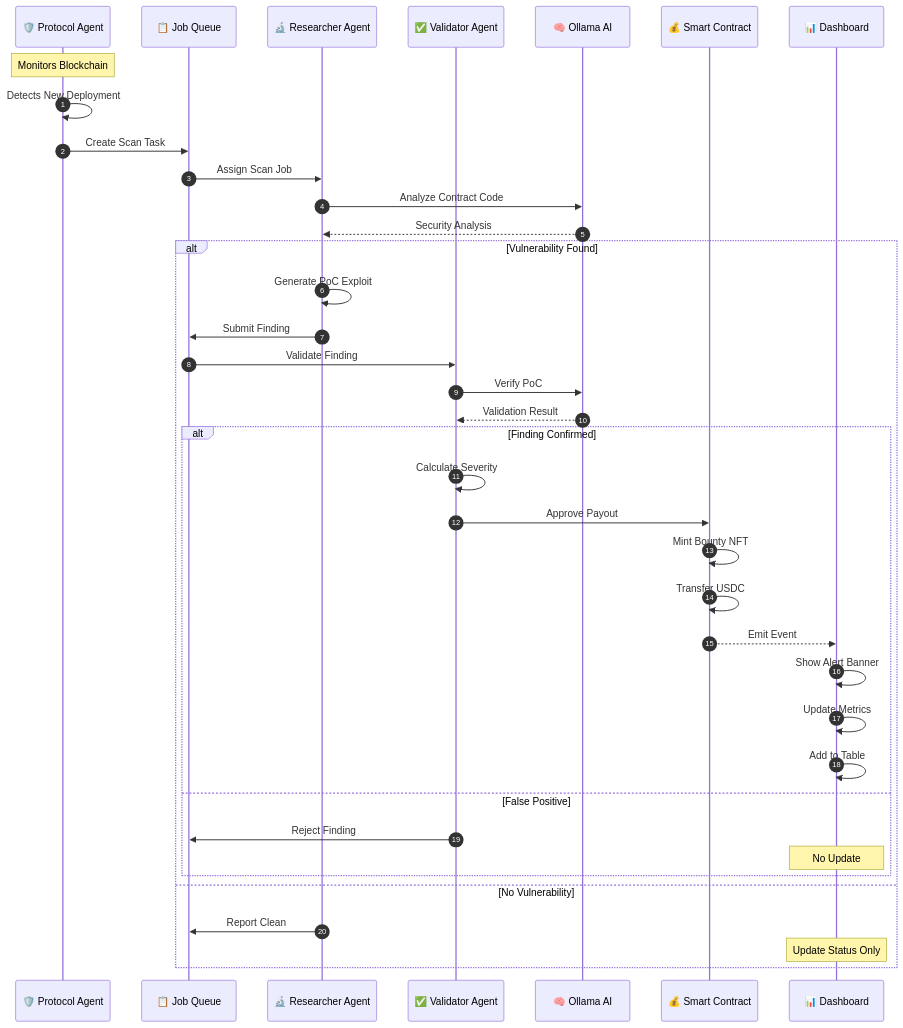
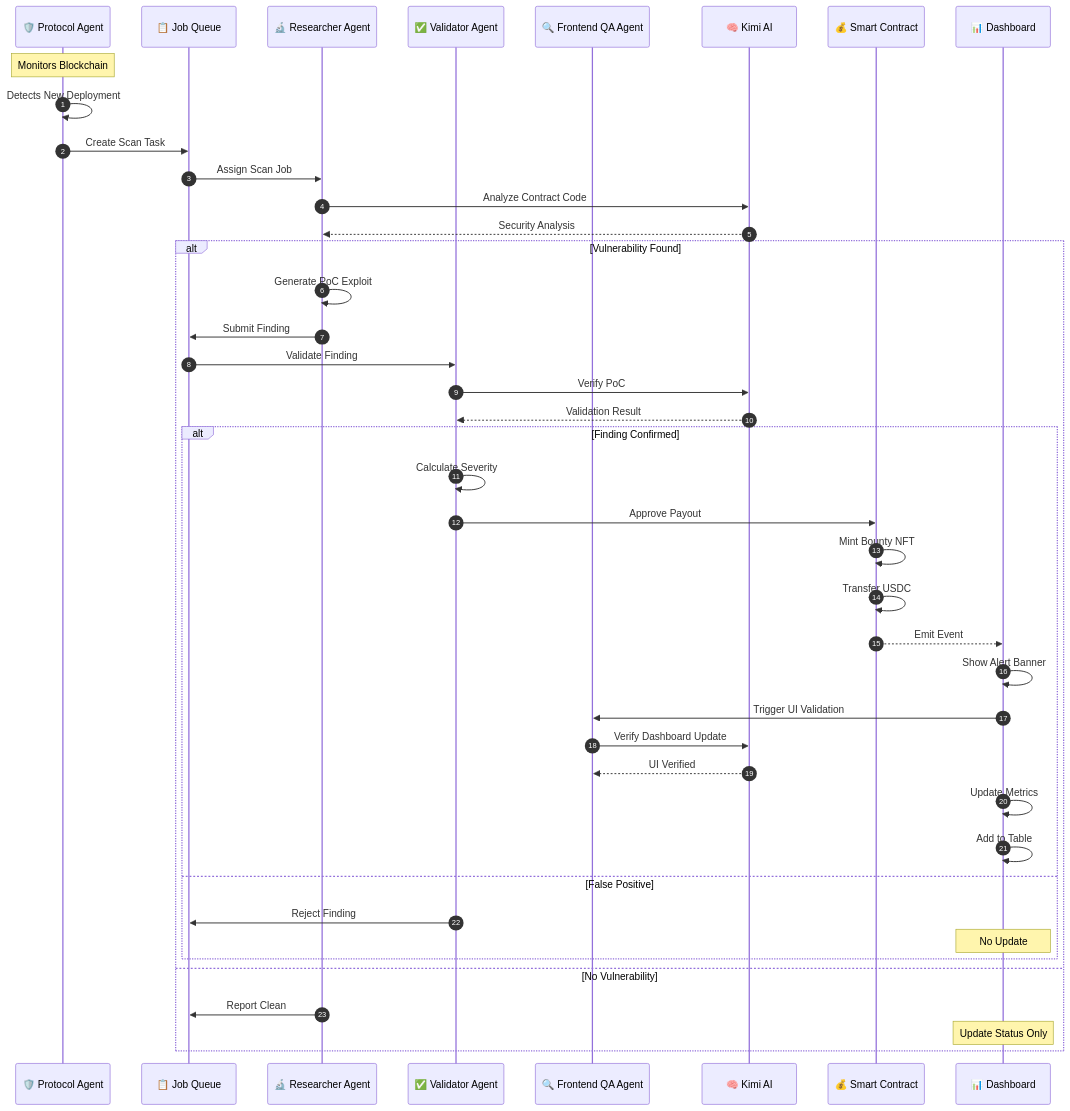
One commit to jul1angr1s/AI_Bug_Bountry_App changed the second of 4 diagrams in README.md. Above: the diagram before and after it, drawn with Mermaid. The commit also changed other lines of this file, not shown here.

Commit message:
docs: update README.md with Kimi AI integration, Frontend QA Agent, and Apache 2.0 license

````diff
--- a/README.md
+++ b/README.md
@@ -212,47 +223,51 @@
 ```mermaid
 sequenceDiagram
     autonumber
     participant Protocol as 🛡️ Protocol Agent
     participant Queue as 📋 Job Queue
     participant Researcher as 🔬 Researcher Agent
     participant Validator as ✅ Validator Agent
-    participant Ollama as 🧠 Ollama AI
+    participant QA as 🔍 Frontend QA Agent
+    participant Kimi as 🧠 Kimi AI
     participant Contract as 💰 Smart Contract
     participant Dashboard as 📊 Dashboard
 
     Note over Protocol: Monitors Blockchain
     Protocol->>Protocol: Detects New Deployment
     Protocol->>Queue: Create Scan Task
 
     Queue->>Researcher: Assign Scan Job
-    Researcher->>Ollama: Analyze Contract Code
-    Ollama-->>Researcher: Security Analysis
+    Researcher->>Kimi: Analyze Contract Code
+    Kimi-->>Researcher: Security Analysis
 
     alt Vulnerability Found
         Researcher->>Researcher: Generate PoC Exploit
         Researcher->>Queue: Submit Finding
 
         Queue->>Validator: Validate Finding
-        Validator->>Ollama: Verify PoC
-        Ollama-->>Validator: Validation Result
+        Validator->>Kimi: Verify PoC
+        Kimi-->>Validator: Validation Result
 
         alt Finding Confirmed
             Validator->>Validator: Calculate Severity
             Validator->>Contract: Approve Payout
 
             Contract->>Contract: Mint Bounty NFT
             Contract->>Contract: Transfer USDC
             Contract-->>Dashboard: Emit Event
 
             Dashboard->>Dashboard: Show Alert Banner
+            Dashboard->>QA: Trigger UI Validation
+            QA->>Kimi: Verify Dashboard Update
+            Kimi-->>QA: UI Verified
             Dashboard->>Dashboard: Update Metrics
             Dashboard->>Dashboard: Add to Table
         else False Positive
             Validator->>Queue: Reject Finding
             Note over Dashboard: No Update
         end
     else No Vulnerability
         Researcher->>Queue: Report Clean
         Note over Dashboard: Update Status Only
     end
 ```
````
